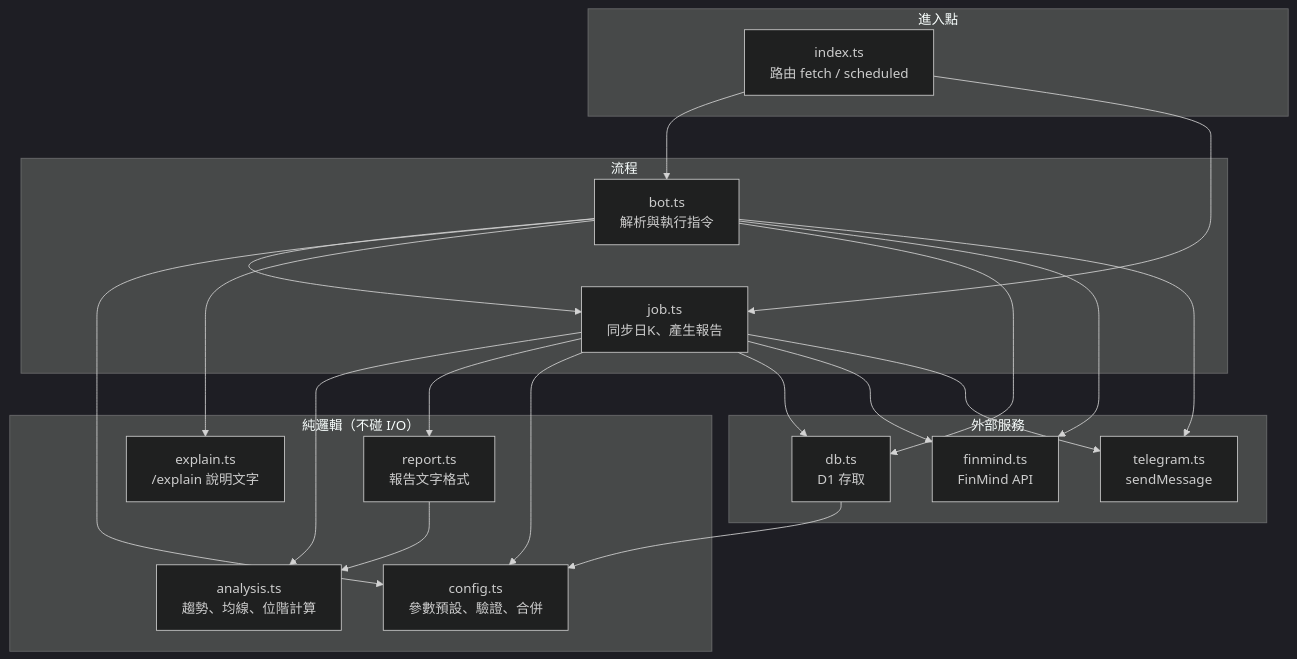
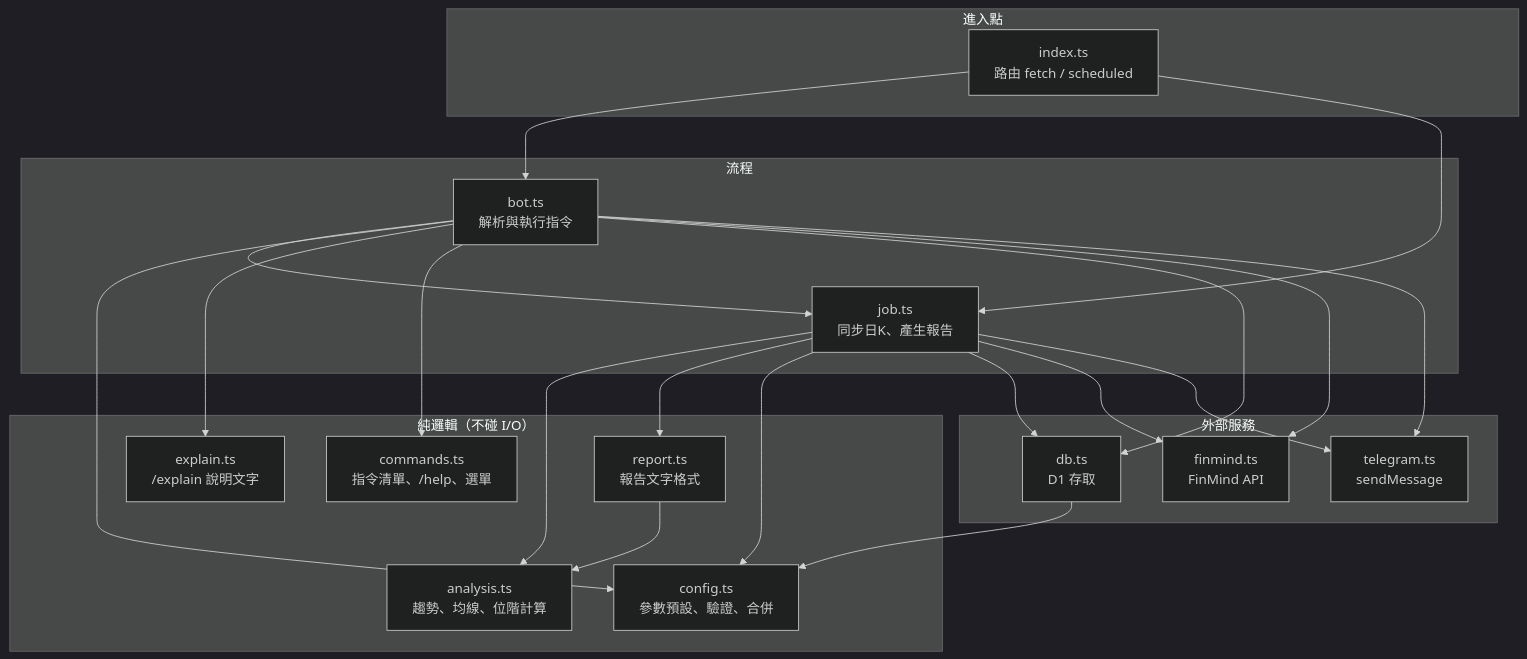
The second of 7 diagrams in doc/architecture.md (Ja7423/stock-tw-monitor), drawn with Mermaid (dark theme) before and after one commit. The commit also changed other lines of this file and 9 other files, not shown here.

````diff
--- a/doc/architecture.md
+++ b/doc/architecture.md
@@ -47,41 +47,43 @@
 ```mermaid
 flowchart TD
   subgraph entry["進入點"]
     index["index.ts<br/>路由 fetch / scheduled"]
   end
 
   subgraph flow["流程"]
     bot["bot.ts<br/>解析與執行指令"]
     job["job.ts<br/>同步日K、產生報告"]
   end
 
   subgraph domain["純邏輯（不碰 I/O）"]
     analysis["analysis.ts<br/>趨勢、均線、位階計算"]
     report["report.ts<br/>報告文字格式"]
     config["config.ts<br/>參數預設、驗證、合併"]
     explain["explain.ts<br/>/explain 說明文字"]
+    commands["commands.ts<br/>指令清單、/help、選單"]
   end
 
   subgraph io["外部服務"]
     db["db.ts<br/>D1 存取"]
     finmind["finmind.ts<br/>FinMind API"]
     telegram["telegram.ts<br/>sendMessage"]
   end
 
   index --> bot
   index --> job
   bot --> job
   bot --> config
   bot --> explain
+  bot --> commands
   bot --> db
   bot --> finmind
   bot --> telegram
   job --> analysis
   job --> report
   job --> config
   job --> db
   job --> finmind
   job --> telegram
   report --> analysis
   db --> config
 ```
````
